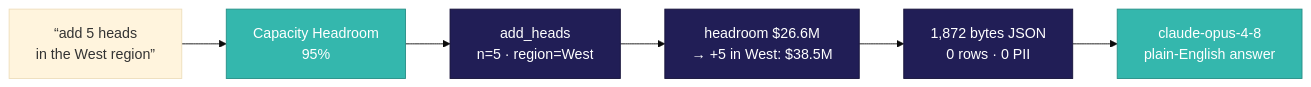
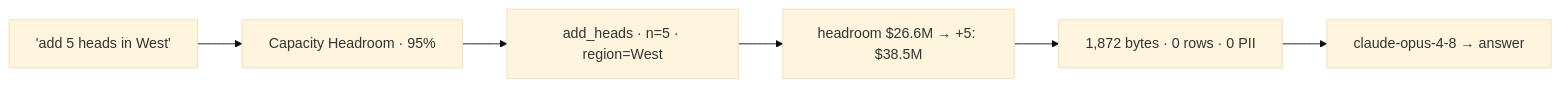
The second of 2 diagrams in docs/TECHNICAL_FLOW.md (ivaturipraveen/Voiant), drawn with Mermaid (base theme) before and after one commit. The commit also changed other lines of this file and 11 other files, not shown here.

Commit message:
Shield on/off toggle, server-side dashboard cache, UI polish, deploy pin (3.12.8), detailed flow doc

````diff
--- a/docs/TECHNICAL_FLOW.md
+++ b/docs/TECHNICAL_FLOW.md
@@ -44,11 +36,8 @@
 ```mermaid
 flowchart LR
-    q["“add 5 heads<br/>in the West region”"] --> c["Capacity Headroom<br/>95%"]:::ai
-    c --> p["add_heads<br/>n=5 · region=West"]:::eng
-    p --> e["headroom $26.6M<br/>→ +5 in West: $38.5M"]:::eng
-    e --> a["1,872 bytes JSON<br/>0 rows · 0 PII"]:::eng
-    a --> m["claude-opus-4-8<br/>plain-English answer"]:::ai
-
-    classDef ai fill:#34B7AD,stroke:#268E86,color:#ffffff;
-    classDef eng fill:#211E56,stroke:#16133A,color:#ffffff;
+    q["'add 5 heads in West'"] --> c["Capacity Headroom · 95%"]
+    c --> p["add_heads · n=5 · region=West"]
+    p --> e["headroom $26.6M → +5: $38.5M"]
+    e --> a["1,872 bytes · 0 rows · 0 PII"]
+    a --> m["claude-opus-4-8 → answer"]
 ```
````
